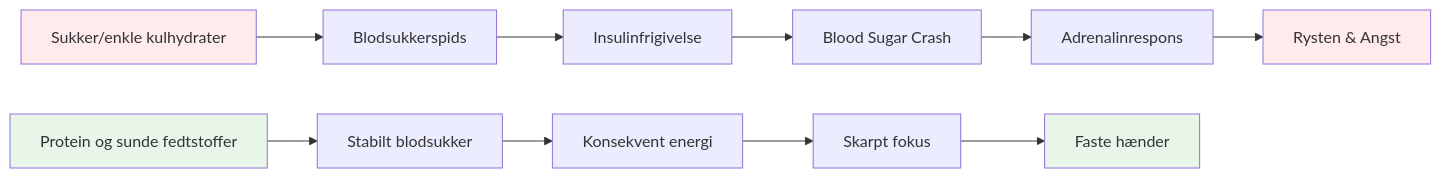
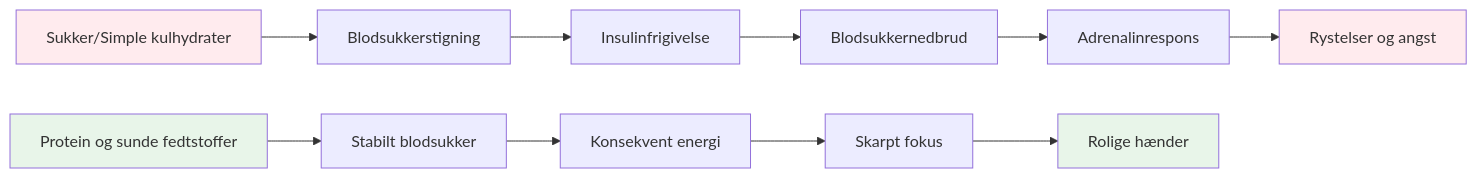
One commit to patwii/petanque-academy changed the first of 2 diagrams in docs/da/education/nutrition/index.md. Above: the diagram before and after it, drawn with Mermaid. The commit also changed other lines of this file and 32 other files, not shown here.

````diff
--- a/docs/da/education/nutrition/index.md
+++ b/docs/da/education/nutrition/index.md
@@ -9,18 +9,18 @@
 ```mermaid
 graph LR
-    A[Sukker/enkle kulhydrater] --> B[Blodsukkerspids]
+    A[Sukker/Simple kulhydrater] --> B[Blodsukkerstigning]
     B --> C[Insulinfrigivelse]
-    C --> D[Blood Sugar Crash]
+    C --> D[Blodsukkernedbrud]
     D --> E[Adrenalinrespons]
-    E --> F[Rysten & Angst]
+    E --> F[Rystelser og angst]
 
     G[Protein og sunde fedtstoffer] --> H[Stabilt blodsukker]
     H --> I[Konsekvent energi]
     I --> J[Skarpt fokus]
-    J --> K[Faste hænder]
+    J --> K[Rolige hænder]
 
     style A fill:#ffebee
     style F fill:#ffebee
     style G fill:#e8f5e9
     style K fill:#e8f5e9
 ```
````
